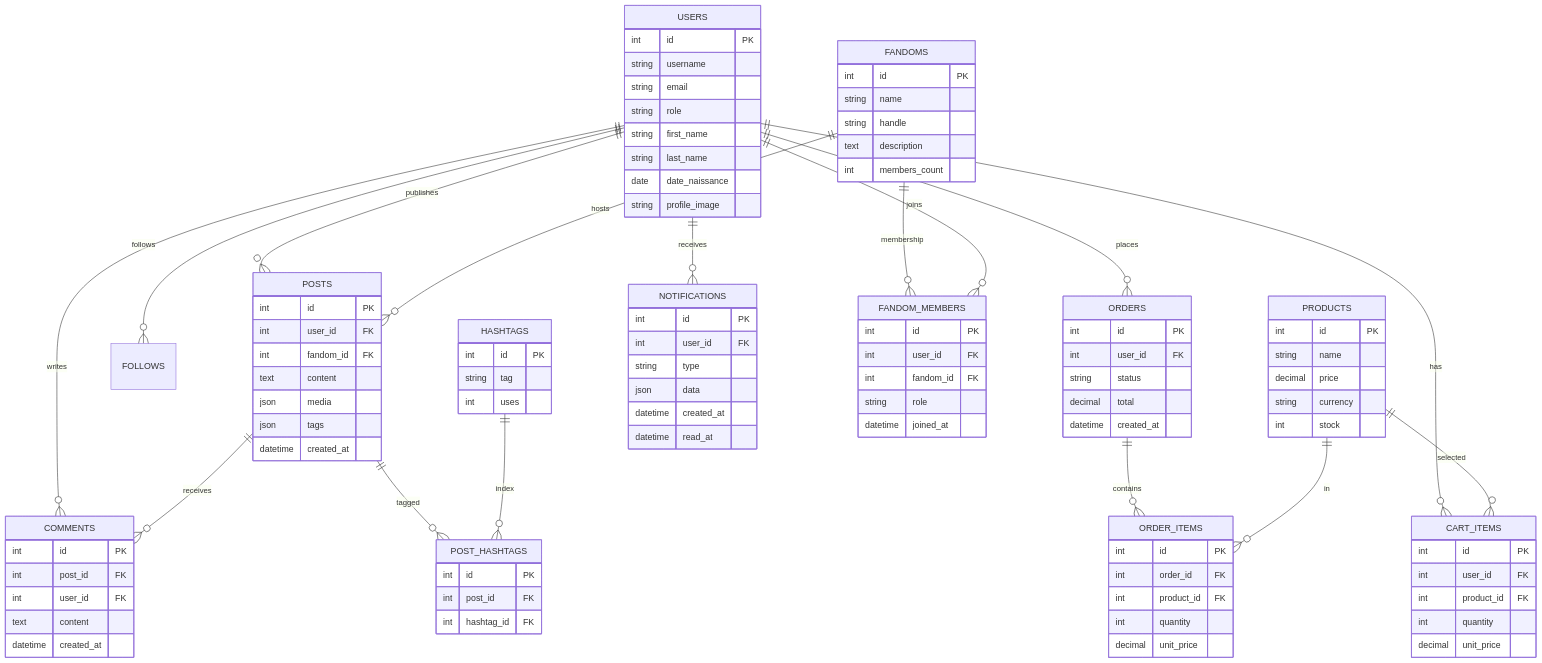
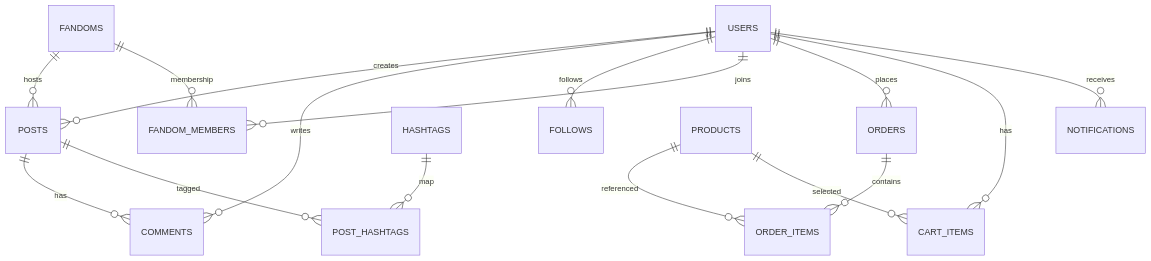
One commit to NeuralMobi-ltd/FanRadarUser changed the diagram in diagrams/er_fanradars.mermaid. Above: the diagram before and after it, drawn with Mermaid. The commit also changed 85 other files, not shown here.

Commit message:
integrate add update delate post and fandoms endpoints

```diff
--- a/diagrams/er_fanradars.mermaid
+++ b/diagrams/er_fanradars.mermaid
@@ -1,115 +1,17 @@
-%% Entity-Relationship Diagram (Logical Data Model)
+%% Simplified ER Diagram (2025-09-01)
 erDiagram
-  USERS ||--o{ POSTS : "publishes"
-  USERS ||--o{ COMMENTS : "writes"
-  POSTS ||--o{ COMMENTS : "receives"
-  USERS ||--o{ FOLLOWS : "follows" 
-  USERS ||--o{ ORDERS : "places"
-  ORDERS ||--o{ ORDER_ITEMS : "contains"
-  PRODUCTS ||--o{ ORDER_ITEMS : "in"
-  USERS ||--o{ CART_ITEMS : "has"
-  PRODUCTS ||--o{ CART_ITEMS : "selected"
-  USERS ||--o{ NOTIFICATIONS : "receives"
-  FANDOMS ||--o{ POSTS : "hosts"
-  FANDOMS ||--o{ FANDOM_MEMBERS : "membership"
-  USERS ||--o{ FANDOM_MEMBERS : "joins"
-  POSTS ||--o{ POST_HASHTAGS : "tagged"
-  HASHTAGS ||--o{ POST_HASHTAGS : "index"
-
-  USERS {
-    int id PK
-    string username
-    string email
-    string role
-    string first_name
-    string last_name
-    date date_naissance
-    string profile_image
-  }
-
-  POSTS {
-    int id PK
-    int user_id FK
-    int fandom_id FK
-    text content
-    json media
-    json tags
-    datetime created_at
-  }
-
-  COMMENTS {
-    int id PK
-    int post_id FK
-    int user_id FK
-    text content
-    datetime created_at
-  }
-
-  FANDOMS {
-    int id PK
-    string name
-    string handle
-    text description
-    int members_count
-  }
-
-  FANDOM_MEMBERS {
-    int id PK
-    int user_id FK
-    int fandom_id FK
-    string role
-    datetime joined_at
-  }
-
-  HASHTAGS {
-    int id PK
-    string tag
-    int uses
-  }
-
-  POST_HASHTAGS {
-    int id PK
-    int post_id FK
-    int hashtag_id FK
-  }
-
-  PRODUCTS {
-    int id PK
-    string name
-    decimal price
-    string currency
-    int stock
-  }
-
-  ORDERS {
-    int id PK
-    int user_id FK
-    string status
-    decimal total
-    datetime created_at
-  }
-
-  ORDER_ITEMS {
-    int id PK
-    int order_id FK
-    int product_id FK
-    int quantity
-    decimal unit_price
-  }
-
-  CART_ITEMS {
-    int id PK
-    int user_id FK
-    int product_id FK
-    int quantity
-    decimal unit_price
-  }
-
-  NOTIFICATIONS {
-    int id PK
-    int user_id FK
-    string type
-    json data
-    datetime created_at
-    datetime read_at
-  }
+  USERS ||--o{ POSTS : creates
+  USERS ||--o{ COMMENTS : writes
+  POSTS ||--o{ COMMENTS : has
+  USERS ||--o{ FOLLOWS : follows
+  FANDOMS ||--o{ POSTS : hosts
+  FANDOMS ||--o{ FANDOM_MEMBERS : membership
+  USERS ||--o{ FANDOM_MEMBERS : joins
+  POSTS ||--o{ POST_HASHTAGS : tagged
+  HASHTAGS ||--o{ POST_HASHTAGS : map
+  USERS ||--o{ ORDERS : places
+  ORDERS ||--o{ ORDER_ITEMS : contains
+  PRODUCTS ||--o{ ORDER_ITEMS : referenced
+  USERS ||--o{ CART_ITEMS : has
+  PRODUCTS ||--o{ CART_ITEMS : selected
+  USERS ||--o{ NOTIFICATIONS : receives
```
